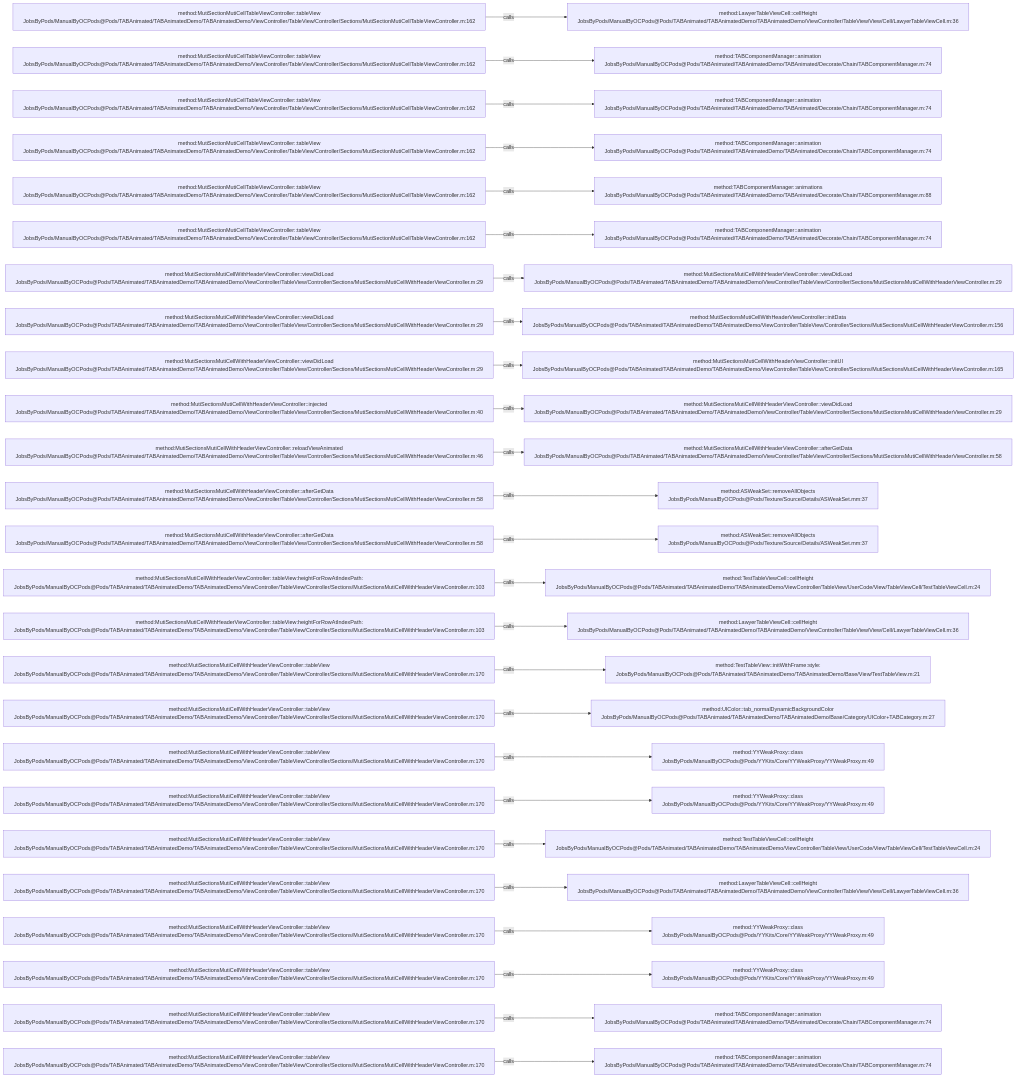
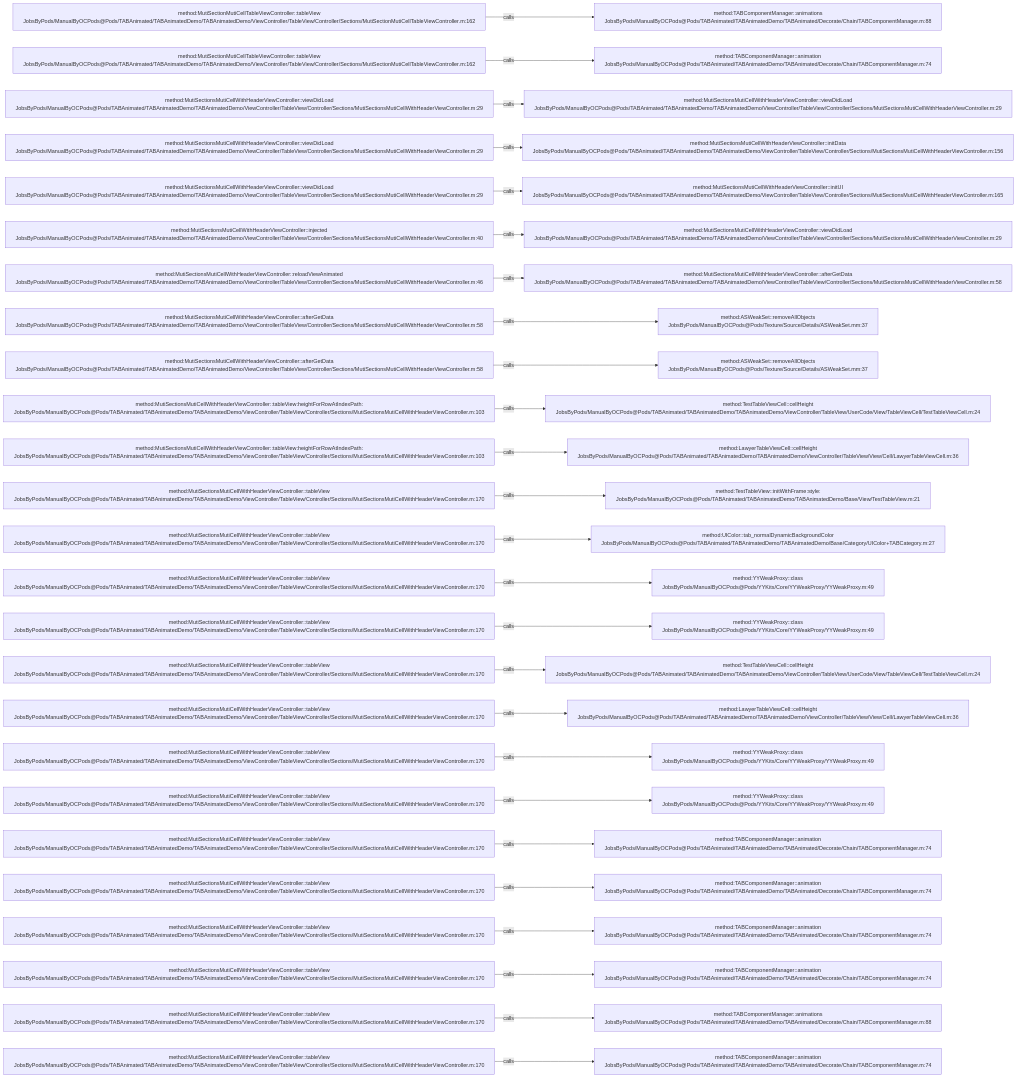
Before and after one commit to JobsKits/JobsOCBaseConfigDemo: the diagram in .codegraph/codegraph.md/graphs/calls-060.md, drawn with Mermaid. The commit also changed 727 other files, not shown here.

````diff
--- a/.codegraph/codegraph.md/graphs/calls-060.md
+++ b/.codegraph/codegraph.md/graphs/calls-060.md
@@ -13,78 +13,78 @@
 ```mermaid
 flowchart LR
   S1["method:MutiSectionMutiCellTableViewController::tableView<br/>JobsByPods/ManualByOCPods@Pods/TABAnimated/TABAnimatedDemo/TABAnimatedDemo/ViewController/TableView/Controller/Sections/MutiSectionMutiCellTableViewController.m:162"]
-  T1["method:LawyerTableViewCell::cellHeight<br/>JobsByPods/ManualByOCPods@Pods/TABAnimated/TABAnimatedDemo/TABAnimatedDemo/ViewController/TableView/View/Cell/LawyerTableViewCell.m:36"]
+  T1["method:TABComponentManager::animations<br/>JobsByPods/ManualByOCPods@Pods/TABAnimated/TABAnimatedDemo/TABAnimated/Decorate/Chain/TABComponentManager.m:88"]
   S1 -->|calls| T1
   S2["method:MutiSectionMutiCellTableViewController::tableView<br/>JobsByPods/ManualByOCPods@Pods/TABAnimated/TABAnimatedDemo/TABAnimatedDemo/ViewController/TableView/Controller/Sections/MutiSectionMutiCellTableViewController.m:162"]
   T2["method:TABComponentManager::animation<br/>JobsByPods/ManualByOCPods@Pods/TABAnimated/TABAnimatedDemo/TABAnimated/Decorate/Chain/TABComponentManager.m:74"]
   S2 -->|calls| T2
-  S3["method:MutiSectionMutiCellTableViewController::tableView<br/>JobsByPods/ManualByOCPods@Pods/TABAnimated/TABAnimatedDemo/TABAnimatedDemo/ViewController/TableView/Controller/Sections/MutiSectionMutiCellTableViewController.m:162"]
-  T3["method:TABComponentManager::animation<br/>JobsByPods/ManualByOCPods@Pods/TABAnimated/TABAnimatedDemo/TABAnimated/Decorate/Chain/TABComponentManager.m:74"]
+  S3["method:MutiSectionsMutiCellWithHeaderViewController::viewDidLoad<br/>JobsByPods/ManualByOCPods@Pods/TABAnimated/TABAnimatedDemo/TABAnimatedDemo/ViewController/TableView/Controller/Sections/MutiSectionsMutiCellWithHeaderViewController.m:29"]
+  T3["method:MutiSectionsMutiCellWithHeaderViewController::viewDidLoad<br/>JobsByPods/ManualByOCPods@Pods/TABAnimated/TABAnimatedDemo/TABAnimatedDemo/ViewController/TableView/Controller/Sections/MutiSectionsMutiCellWithHeaderViewController.m:29"]
   S3 -->|calls| T3
-  S4["method:MutiSectionMutiCellTableViewController::tableView<br/>JobsByPods/ManualByOCPods@Pods/TABAnimated/TABAnimatedDemo/TABAnimatedDemo/ViewController/TableView/Controller/Sections/MutiSectionMutiCellTableViewController.m:162"]
-  T4["method:TABComponentManager::animation<br/>JobsByPods/ManualByOCPods@Pods/TABAnimated/TABAnimatedDemo/TABAnimated/Decorate/Chain/TABComponentManager.m:74"]
+  S4["method:MutiSectionsMutiCellWithHeaderViewController::viewDidLoad<br/>JobsByPods/ManualByOCPods@Pods/TABAnimated/TABAnimatedDemo/TABAnimatedDemo/ViewController/TableView/Controller/Sections/MutiSectionsMutiCellWithHeaderViewController.m:29"]
+  T4["method:MutiSectionsMutiCellWithHeaderViewController::initData<br/>JobsByPods/ManualByOCPods@Pods/TABAnimated/TABAnimatedDemo/TABAnimatedDemo/ViewController/TableView/Controller/Sections/MutiSectionsMutiCellWithHeaderViewController.m:156"]
   S4 -->|calls| T4
-  S5["method:MutiSectionMutiCellTableViewController::tableView<br/>JobsByPods/ManualByOCPods@Pods/TABAnimated/TABAnimatedDemo/TABAnimatedDemo/ViewController/TableView/Controller/Sections/MutiSectionMutiCellTableViewController.m:162"]
-  T5["method:TABComponentManager::animations<br/>JobsByPods/ManualByOCPods@Pods/TABAnimated/TABAnimatedDemo/TABAnimated/Decorate/Chain/TABComponentManager.m:88"]
+  S5["method:MutiSectionsMutiCellWithHeaderViewController::viewDidLoad<br/>JobsByPods/ManualByOCPods@Pods/TABAnimated/TABAnimatedDemo/TABAnimatedDemo/ViewController/TableView/Controller/Sections/MutiSectionsMutiCellWithHeaderViewController.m:29"]
+  T5["method:MutiSectionsMutiCellWithHeaderViewController::initUI<br/>JobsByPods/ManualByOCPods@Pods/TABAnimated/TABAnimatedDemo/TABAnimatedDemo/ViewController/TableView/Controller/Sections/MutiSectionsMutiCellWithHeaderViewController.m:165"]
   S5 -->|calls| T5
-  S6["method:MutiSectionMutiCellTableViewController::tableView<br/>JobsByPods/ManualByOCPods@Pods/TABAnimated/TABAnimatedDemo/TABAnimatedDemo/ViewController/TableView/Controller/Sections/MutiSectionMutiCellTableViewController.m:162"]
-  T6["method:TABComponentManager::animation<br/>JobsByPods/ManualByOCPods@Pods/TABAnimated/TABAnimatedDemo/TABAnimated/Decorate/Chain/TABComponentManager.m:74"]
+  S6["method:MutiSectionsMutiCellWithHeaderViewController::injected<br/>JobsByPods/ManualByOCPods@Pods/TABAnimated/TABAnimatedDemo/TABAnimatedDemo/ViewController/TableView/Controller/Sections/MutiSectionsMutiCellWithHeaderViewController.m:40"]
+  T6["method:MutiSectionsMutiCellWithHeaderViewController::viewDidLoad<br/>JobsByPods/ManualByOCPods@Pods/TABAnimated/TABAnimatedDemo/TABAnimatedDemo/ViewController/TableView/Controller/Sections/MutiSectionsMutiCellWithHeaderViewController.m:29"]
   S6 -->|calls| T6
-  S7["method:MutiSectionsMutiCellWithHeaderViewController::viewDidLoad<br/>JobsByPods/ManualByOCPods@Pods/TABAnimated/TABAnimatedDemo/TABAnimatedDemo/ViewController/TableView/Controller/Sections/MutiSectionsMutiCellWithHeaderViewController.m:29"]
-  T7["method:MutiSectionsMutiCellWithHeaderViewController::viewDidLoad<br/>JobsByPods/ManualByOCPods@Pods/TABAnimated/TABAnimatedDemo/TABAnimatedDemo/ViewController/TableView/Controller/Sections/MutiSectionsMutiCellWithHeaderViewController.m:29"]
+  S7["method:MutiSectionsMutiCellWithHeaderViewController::reloadViewAnimated<br/>JobsByPods/ManualByOCPods@Pods/TABAnimated/TABAnimatedDemo/TABAnimatedDemo/ViewController/TableView/Controller/Sections/MutiSectionsMutiCellWithHeaderViewController.m:46"]
+  T7["method:MutiSectionsMutiCellWithHeaderViewController::afterGetData<br/>JobsByPods/ManualByOCPods@Pods/TABAnimated/TABAnimatedDemo/TABAnimatedDemo/ViewController/TableView/Controller/Sections/MutiSectionsMutiCellWithHeaderViewController.m:58"]
   S7 -->|calls| T7
-  S8["method:MutiSectionsMutiCellWithHeaderViewController::viewDidLoad<br/>JobsByPods/ManualByOCPods@Pods/TABAnimated/TABAnimatedDemo/TABAnimatedDemo/ViewController/TableView/Controller/Sections/MutiSectionsMutiCellWithHeaderViewController.m:29"]
-  T8["method:MutiSectionsMutiCellWithHeaderViewController::initData<br/>JobsByPods/ManualByOCPods@Pods/TABAnimated/TABAnimatedDemo/TABAnimatedDemo/ViewController/TableView/Controller/Sections/MutiSectionsMutiCellWithHeaderViewController.m:156"]
+  S8["method:MutiSectionsMutiCellWithHeaderViewController::afterGetData<br/>JobsByPods/ManualByOCPods@Pods/TABAnimated/TABAnimatedDemo/TABAnimatedDemo/ViewController/TableView/Controller/Sections/MutiSectionsMutiCellWithHeaderViewController.m:58"]
+  T8["method:ASWeakSet::removeAllObjects<br/>JobsByPods/ManualByOCPods@Pods/Texture/Source/Details/ASWeakSet.mm:37"]
   S8 -->|calls| T8
-  S9["method:MutiSectionsMutiCellWithHeaderViewController::viewDidLoad<br/>JobsByPods/ManualByOCPods@Pods/TABAnimated/TABAnimatedDemo/TABAnimatedDemo/ViewController/TableView/Controller/Sections/MutiSectionsMutiCellWithHeaderViewController.m:29"]
-  T9["method:MutiSectionsMutiCellWithHeaderViewController::initUI<br/>JobsByPods/ManualByOCPods@Pods/TABAnimated/TABAnimatedDemo/TABAnimatedDemo/ViewController/TableView/Controller/Sections/MutiSectionsMutiCellWithHeaderViewController.m:165"]
+  S9["method:MutiSectionsMutiCellWithHeaderViewController::afterGetData<br/>JobsByPods/ManualByOCPods@Pods/TABAnimated/TABAnimatedDemo/TABAnimatedDemo/ViewController/TableView/Controller/Sections/MutiSectionsMutiCellWithHeaderViewController.m:58"]
+  T9["method:ASWeakSet::removeAllObjects<br/>JobsByPods/ManualByOCPods@Pods/Texture/Source/Details/ASWeakSet.mm:37"]
   S9 -->|calls| T9
-  S10["method:MutiSectionsMutiCellWithHeaderViewController::injected<br/>JobsByPods/ManualByOCPods@Pods/TABAnimated/TABAnimatedDemo/TABAnimatedDemo/ViewController/TableView/Controller/Sections/MutiSectionsMutiCellWithHeaderViewController.m:40"]
-  T10["method:MutiSectionsMutiCellWithHeaderViewController::viewDidLoad<br/>JobsByPods/ManualByOCPods@Pods/TABAnimated/TABAnimatedDemo/TABAnimatedDemo/ViewController/TableView/Controller/Sections/MutiSectionsMutiCellWithHeaderViewController.m:29"]
+  S10["method:MutiSectionsMutiCellWithHeaderViewController::tableView:heightForRowAtIndexPath:<br/>JobsByPods/ManualByOCPods@Pods/TABAnimated/TABAnimatedDemo/TABAnimatedDemo/ViewController/TableView/Controller/Sections/MutiSectionsMutiCellWithHeaderViewController.m:103"]
+  T10["method:TestTableViewCell::cellHeight<br/>JobsByPods/ManualByOCPods@Pods/TABAnimated/TABAnimatedDemo/TABAnimatedDemo/ViewController/TableView/UserCode/View/TableViewCell/TestTableViewCell.m:24"]
   S10 -->|calls| T10
-  S11["method:MutiSectionsMutiCellWithHeaderViewController::reloadViewAnimated<br/>JobsByPods/ManualByOCPods@Pods/TABAnimated/TABAnimatedDemo/TABAnimatedDemo/ViewController/TableView/Controller/Sections/MutiSectionsMutiCellWithHeaderViewController.m:46"]
-  T11["method:MutiSectionsMutiCellWithHeaderViewController::afterGetData<br/>JobsByPods/ManualByOCPods@Pods/TABAnimated/TABAnimatedDemo/TABAnimatedDemo/ViewController/TableView/Controller/Sections/MutiSectionsMutiCellWithHeaderViewController.m:58"]
+  S11["method:MutiSectionsMutiCellWithHeaderViewController::tableView:heightForRowAtIndexPath:<br/>JobsByPods/ManualByOCPods@Pods/TABAnimated/TABAnimatedDemo/TABAnimatedDemo/ViewController/TableView/Controller/Sections/MutiSectionsMutiCellWithHeaderViewController.m:103"]
+  T11["method:LawyerTableViewCell::cellHeight<br/>JobsByPods/ManualByOCPods@Pods/TABAnimated/TABAnimatedDemo/TABAnimatedDemo/ViewController/TableView/View/Cell/LawyerTableViewCell.m:36"]
   S11 -->|calls| T11
-  S12["method:MutiSectionsMutiCellWithHeaderViewController::afterGetData<br/>JobsByPods/ManualByOCPods@Pods/TABAnimated/TABAnimatedDemo/TABAnimatedDemo/ViewController/TableView/Controller/Sections/MutiSectionsMutiCellWithHeaderViewController.m:58"]
-  T12["method:ASWeakSet::removeAllObjects<br/>JobsByPods/ManualByOCPods@Pods/Texture/Source/Details/ASWeakSet.mm:37"]
+  S12["method:MutiSectionsMutiCellWithHeaderViewController::tableView<br/>JobsByPods/ManualByOCPods@Pods/TABAnimated/TABAnimatedDemo/TABAnimatedDemo/ViewController/TableView/Controller/Sections/MutiSectionsMutiCellWithHeaderViewController.m:170"]
+  T12["method:TestTableView::initWithFrame:style:<br/>JobsByPods/ManualByOCPods@Pods/TABAnimated/TABAnimatedDemo/TABAnimatedDemo/Base/View/TestTableView.m:21"]
   S12 -->|calls| T12
-  S13["method:MutiSectionsMutiCellWithHeaderViewController::afterGetData<br/>JobsByPods/ManualByOCPods@Pods/TABAnimated/TABAnimatedDemo/TABAnimatedDemo/ViewController/TableView/Controller/Sections/MutiSectionsMutiCellWithHeaderViewController.m:58"]
-  T13["method:ASWeakSet::removeAllObjects<br/>JobsByPods/ManualByOCPods@Pods/Texture/Source/Details/ASWeakSet.mm:37"]
+  S13["method:MutiSectionsMutiCellWithHeaderViewController::tableView<br/>JobsByPods/ManualByOCPods@Pods/TABAnimated/TABAnimatedDemo/TABAnimatedDemo/ViewController/TableView/Controller/Sections/MutiSectionsMutiCellWithHeaderViewController.m:170"]
+  T13["method:UIColor::tab_normalDynamicBackgroundColor<br/>JobsByPods/ManualByOCPods@Pods/TABAnimated/TABAnimatedDemo/TABAnimatedDemo/Base/Category/UIColor+TABCategory.m:27"]
   S13 -->|calls| T13
-  S14["method:MutiSectionsMutiCellWithHeaderViewController::tableView:heightForRowAtIndexPath:<br/>JobsByPods/ManualByOCPods@Pods/TABAnimated/TABAnimatedDemo/TABAnimatedDemo/ViewController/TableView/Controller/Sections/MutiSectionsMutiCellWithHeaderViewController.m:103"]
-  T14["method:TestTableViewCell::cellHeight<br/>JobsByPods/ManualByOCPods@Pods/TABAnimated/TABAnimatedDemo/TABAnimatedDemo/ViewController/TableView/UserCode/View/TableViewCell/TestTableViewCell.m:24"]
+  S14["method:MutiSectionsMutiCellWithHeaderViewController::tableView<br/>JobsByPods/ManualByOCPods@Pods/TABAnimated/TABAnimatedDemo/TABAnimatedDemo/ViewController/TableView/Controller/Sections/MutiSectionsMutiCellWithHeaderViewController.m:170"]
+  T14["method:YYWeakProxy::class<br/>JobsByPods/ManualByOCPods@Pods/YYKits/Core/YYWeakProxy/YYWeakProxy.m:49"]
   S14 -->|calls| T14
-  S15["method:MutiSectionsMutiCellWithHeaderViewController::tableView:heightForRowAtIndexPath:<br/>JobsByPods/ManualByOCPods@Pods/TABAnimated/TABAnimatedDemo/TABAnimatedDemo/ViewController/TableView/Controller/Sections/MutiSectionsMutiCellWithHeaderViewController.m:103"]
-  T15["method:LawyerTableViewCell::cellHeight<br/>JobsByPods/ManualByOCPods@Pods/TABAnimated/TABAnimatedDemo/TABAnimatedDemo/ViewController/TableView/View/Cell/LawyerTableViewCell.m:36"]
+  S15["method:MutiSectionsMutiCellWithHeaderViewController::tableView<br/>JobsByPods/ManualByOCPods@Pods/TABAnimated/TABAnimatedDemo/TABAnimatedDemo/ViewController/TableView/Controller/Sections/MutiSectionsMutiCellWithHeaderViewController.m:170"]
+  T15["method:YYWeakProxy::class<br/>JobsByPods/ManualByOCPods@Pods/YYKits/Core/YYWeakProxy/YYWeakProxy.m:49"]
   S15 -->|calls| T15
   S16["method:MutiSectionsMutiCellWithHeaderViewController::tableView<br/>JobsByPods/ManualByOCPods@Pods/TABAnimated/TABAnimatedDemo/TABAnimatedDemo/ViewController/TableView/Controller/Sections/MutiSectionsMutiCellWithHeaderViewController.m:170"]
-  T16["method:TestTableView::initWithFrame:style:<br/>JobsByPods/ManualByOCPods@Pods/TABAnimated/TABAnimatedDemo/TABAnimatedDemo/Base/View/TestTableView.m:21"]
+  T16["method:TestTableViewCell::cellHeight<br/>JobsByPods/ManualByOCPods@Pods/TABAnimated/TABAnimatedDemo/TABAnimatedDemo/ViewController/TableView/UserCode/View/TableViewCell/TestTableViewCell.m:24"]
   S16 -->|calls| T16
   S17["method:MutiSectionsMutiCellWithHeaderViewController::tableView<br/>JobsByPods/ManualByOCPods@Pods/TABAnimated/TABAnimatedDemo/TABAnimatedDemo/ViewController/TableView/Controller/Sections/MutiSectionsMutiCellWithHeaderViewController.m:170"]
-  T17["method:UIColor::tab_normalDynamicBackgroundColor<br/>JobsByPods/ManualByOCPods@Pods/TABAnimated/TABAnimatedDemo/TABAnimatedDemo/Base/Category/UIColor+TABCategory.m:27"]
+  T17["method:LawyerTableViewCell::cellHeight<br/>JobsByPods/ManualByOCPods@Pods/TABAnimated/TABAnimatedDemo/TABAnimatedDemo/ViewController/TableView/View/Cell/LawyerTableViewCell.m:36"]
   S17 -->|calls| T17
   S18["method:MutiSectionsMutiCellWithHeaderViewController::tableView<br/>JobsByPods/ManualByOCPods@Pods/TABAnimated/TABAnimatedDemo/TABAnimatedDemo/ViewController/TableView/Controller/Sections/MutiSectionsMutiCellWithHeaderViewController.m:170"]
   T18["method:YYWeakProxy::class<br/>JobsByPods/ManualByOCPods@Pods/YYKits/Core/YYWeakProxy/YYWeakProxy.m:49"]
   S18 -->|calls| T18
   S19["method:MutiSectionsMutiCellWithHeaderViewController::tableView<br/>JobsByPods/ManualByOCPods@Pods/TABAnimated/TABAnimatedDemo/TABAnimatedDemo/ViewController/TableView/Controller/Sections/MutiSectionsMutiCellWithHeaderViewController.m:170"]
   T19["method:YYWeakProxy::class<br/>JobsByPods/ManualByOCPods@Pods/YYKits/Core/YYWeakProxy/YYWeakProxy.m:49"]
   S19 -->|calls| T19
   S20["method:MutiSectionsMutiCellWithHeaderViewController::tableView<br/>JobsByPods/ManualByOCPods@Pods/TABAnimated/TABAnimatedDemo/TABAnimatedDemo/ViewController/TableView/Controller/Sections/MutiSectionsMutiCellWithHeaderViewController.m:170"]
-  T20["method:TestTableViewCell::cellHeight<br/>JobsByPods/ManualByOCPods@Pods/TABAnimated/TABAnimatedDemo/TABAnimatedDemo/ViewController/TableView/UserCode/View/TableViewCell/TestTableViewCell.m:24"]
+  T20["method:TABComponentManager::animation<br/>JobsByPods/ManualByOCPods@Pods/TABAnimated/TABAnimatedDemo/TABAnimated/Decorate/Chain/TABComponentManager.m:74"]
   S20 -->|calls| T20
   S21["method:MutiSectionsMutiCellWithHeaderViewController::tableView<br/>JobsByPods/ManualByOCPods@Pods/TABAnimated/TABAnimatedDemo/TABAnimatedDemo/ViewController/TableView/Controller/Sections/MutiSectionsMutiCellWithHeaderViewController.m:170"]
-  T21["method:LawyerTableViewCell::cellHeight<br/>JobsByPods/ManualByOCPods@Pods/TABAnimated/TABAnimatedDemo/TABAnimatedDemo/ViewController/TableView/View/Cell/LawyerTableViewCell.m:36"]
+  T21["method:TABComponentManager::animation<br/>JobsByPods/ManualByOCPods@Pods/TABAnimated/TABAnimatedDemo/TABAnimated/Decorate/Chain/TABComponentManager.m:74"]
   S21 -->|calls| T21
   S22["method:MutiSectionsMutiCellWithHeaderViewController::tableView<br/>JobsByPods/ManualByOCPods@Pods/TABAnimated/TABAnimatedDemo/TABAnimatedDemo/ViewController/TableView/Controller/Sections/MutiSectionsMutiCellWithHeaderViewController.m:170"]
-  T22["method:YYWeakProxy::class<br/>JobsByPods/ManualByOCPods@Pods/YYKits/Core/YYWeakProxy/YYWeakProxy.m:49"]
+  T22["method:TABComponentManager::animation<br/>JobsByPods/ManualByOCPods@Pods/TABAnimated/TABAnimatedDemo/TABAnimated/Decorate/Chain/TABComponentManager.m:74"]
   S22 -->|calls| T22
   S23["method:MutiSectionsMutiCellWithHeaderViewController::tableView<br/>JobsByPods/ManualByOCPods@Pods/TABAnimated/TABAnimatedDemo/TABAnimatedDemo/ViewController/TableView/Controller/Sections/MutiSectionsMutiCellWithHeaderViewController.m:170"]
-  T23["method:YYWeakProxy::class<br/>JobsByPods/ManualByOCPods@Pods/YYKits/Core/YYWeakProxy/YYWeakProxy.m:49"]
+  T23["method:TABComponentManager::animation<br/>JobsByPods/ManualByOCPods@Pods/TABAnimated/TABAnimatedDemo/TABAnimated/Decorate/Chain/TABComponentManager.m:74"]
   S23 -->|calls| T23
   S24["method:MutiSectionsMutiCellWithHeaderViewController::tableView<br/>JobsByPods/ManualByOCPods@Pods/TABAnimated/TABAnimatedDemo/TABAnimatedDemo/ViewController/TableView/Controller/Sections/MutiSectionsMutiCellWithHeaderViewController.m:170"]
-  T24["method:TABComponentManager::animation<br/>JobsByPods/ManualByOCPods@Pods/TABAnimated/TABAnimatedDemo/TABAnimated/Decorate/Chain/TABComponentManager.m:74"]
+  T24["method:TABComponentManager::animations<br/>JobsByPods/ManualByOCPods@Pods/TABAnimated/TABAnimatedDemo/TABAnimated/Decorate/Chain/TABComponentManager.m:88"]
   S24 -->|calls| T24
   S25["method:MutiSectionsMutiCellWithHeaderViewController::tableView<br/>JobsByPods/ManualByOCPods@Pods/TABAnimated/TABAnimatedDemo/TABAnimatedDemo/ViewController/TableView/Controller/Sections/MutiSectionsMutiCellWithHeaderViewController.m:170"]
   T25["method:TABComponentManager::animation<br/>JobsByPods/ManualByOCPods@Pods/TABAnimated/TABAnimatedDemo/TABAnimated/Decorate/Chain/TABComponentManager.m:74"]
   S25 -->|calls| T25
 ```
````
